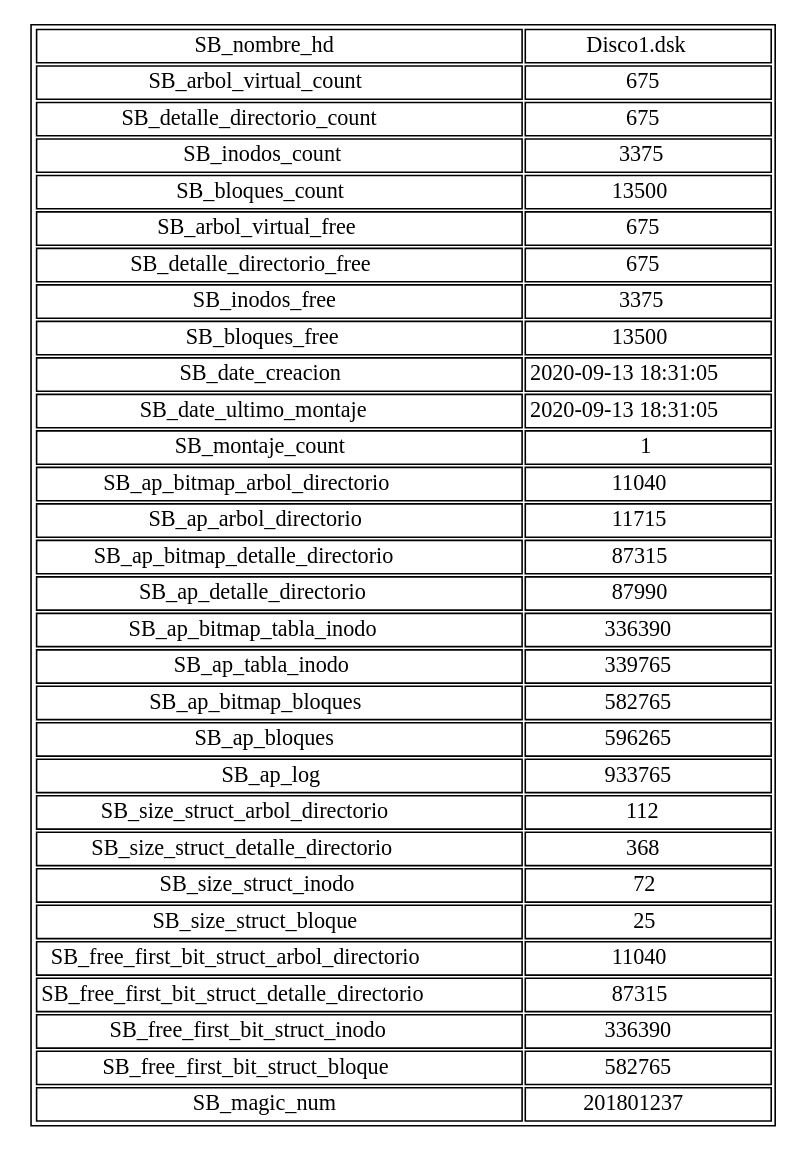
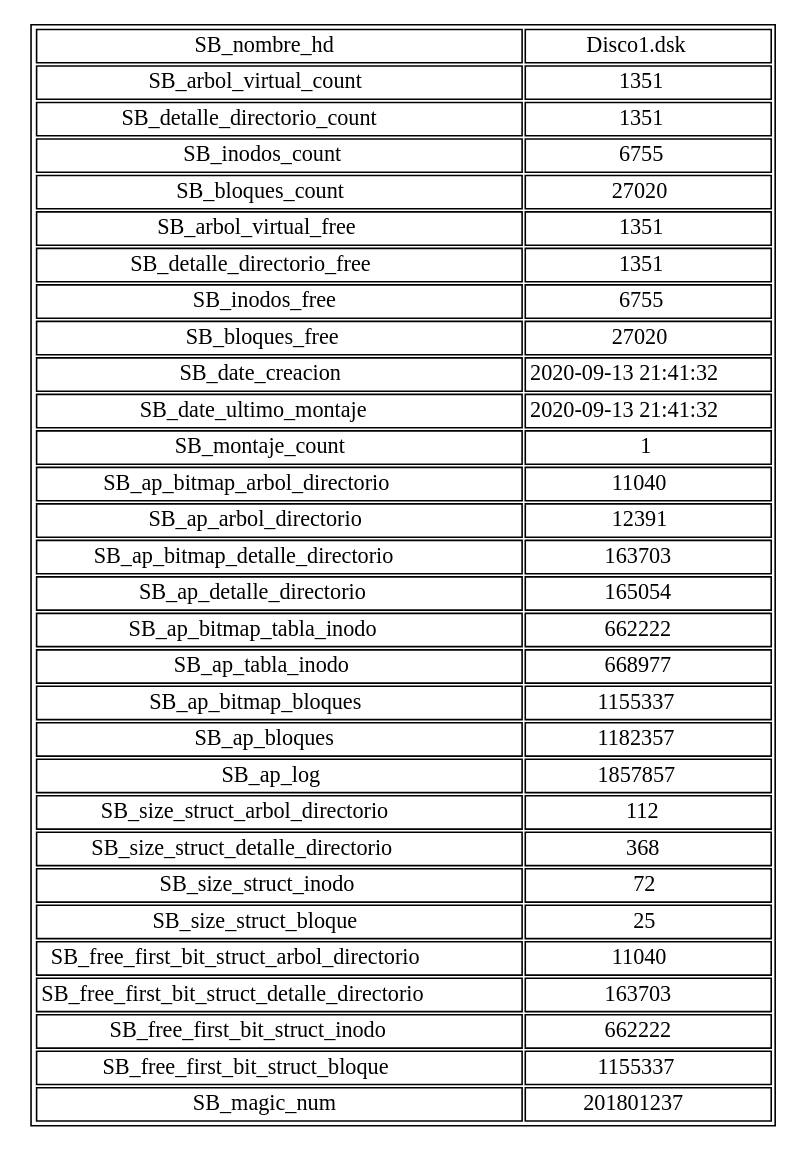
Before and after one commit to JoseMorente98/MIA-Proyecto-1: the diagram in Controlador/ReporteControlador/sb.dot, drawn with Graphviz. The commit also changed 8 other files, not shown here.

```diff
--- a/Controlador/ReporteControlador/sb.dot
+++ b/Controlador/ReporteControlador/sb.dot
@@ -1,1 +1,1 @@
-digraph {tbl [ shape=plaintext label=< <table border='1' cellborder='1'> <tr><td>SB_nombre_hd</td><td>Disco1.dsk</td></tr><tr><td>SB_arbol_virtual_count</td><td>675</td></tr><tr><td>SB_detalle_directorio_count</td><td>675</td></tr><tr><td>SB_inodos_count</td><td>3375</td></tr><tr><td>SB_bloques_count</td><td>13500</td></tr><tr><td>SB_arbol_virtual_free</td><td>675</td></tr><tr><td>SB_detalle_directorio_free</td><td>675</td></tr><tr><td>SB_inodos_free</td><td>3375</td></tr><tr><td>SB_bloques_free</td><td>13500</td></tr><tr><td>SB_date_creacion</td><td>2020-09-13 18:31:05</td></tr><tr><td>SB_date_ultimo_montaje</td><td>2020-09-13 18:31:05</td></tr><tr><td>SB_montaje_count</td><td>1</td></tr><tr><td>SB_ap_bitmap_arbol_directorio</td><td>11040</td></tr><tr><td>SB_ap_arbol_directorio</td><td>11715</td></tr><tr><td>SB_ap_bitmap_detalle_directorio</td><td>87315</td></tr><tr><td>SB_ap_detalle_directorio</td><td>87990</td></tr><tr><td>SB_ap_bitmap_tabla_inodo</td><td>336390</td></tr><tr><td>SB_ap_tabla_inodo</td><td>339765</td></tr><tr><td>SB_ap_bitmap_bloques</td><td>582765</td></tr><tr><td>SB_ap_bloques</td><td>596265</td></tr><tr><td>SB_ap_log</td><td>933765</td></tr><tr><td>SB_size_struct_arbol_directorio</td><td>112</td></tr><tr><td>SB_size_struct_detalle_directorio</td><td>368</td></tr><tr><td>SB_size_struct_inodo</td><td>72</td></tr><tr><td>SB_size_struct_bloque</td><td>25</td></tr><tr><td>SB_free_first_bit_struct_arbol_directorio</td><td>11040</td></tr><tr><td>SB_free_first_bit_struct_detalle_directorio</td><td>87315</td></tr><tr><td>SB_free_first_bit_struct_inodo</td><td>336390</td></tr><tr><td>SB_free_first_bit_struct_bloque</td><td>582765</td></tr><tr><td>SB_magic_num</td><td>201801237</td></tr></table>>];}
+digraph {tbl [ shape=plaintext label=< <table border='1' cellborder='1'> <tr><td>SB_nombre_hd</td><td>Disco1.dsk</td></tr><tr><td>SB_arbol_virtual_count</td><td>1351</td></tr><tr><td>SB_detalle_directorio_count</td><td>1351</td></tr><tr><td>SB_inodos_count</td><td>6755</td></tr><tr><td>SB_bloques_count</td><td>27020</td></tr><tr><td>SB_arbol_virtual_free</td><td>1351</td></tr><tr><td>SB_detalle_directorio_free</td><td>1351</td></tr><tr><td>SB_inodos_free</td><td>6755</td></tr><tr><td>SB_bloques_free</td><td>27020</td></tr><tr><td>SB_date_creacion</td><td>2020-09-13 21:41:32</td></tr><tr><td>SB_date_ultimo_montaje</td><td>2020-09-13 21:41:32</td></tr><tr><td>SB_montaje_count</td><td>1</td></tr><tr><td>SB_ap_bitmap_arbol_directorio</td><td>11040</td></tr><tr><td>SB_ap_arbol_directorio</td><td>12391</td></tr><tr><td>SB_ap_bitmap_detalle_directorio</td><td>163703</td></tr><tr><td>SB_ap_detalle_directorio</td><td>165054</td></tr><tr><td>SB_ap_bitmap_tabla_inodo</td><td>662222</td></tr><tr><td>SB_ap_tabla_inodo</td><td>668977</td></tr><tr><td>SB_ap_bitmap_bloques</td><td>1155337</td></tr><tr><td>SB_ap_bloques</td><td>1182357</td></tr><tr><td>SB_ap_log</td><td>1857857</td></tr><tr><td>SB_size_struct_arbol_directorio</td><td>112</td></tr><tr><td>SB_size_struct_detalle_directorio</td><td>368</td></tr><tr><td>SB_size_struct_inodo</td><td>72</td></tr><tr><td>SB_size_struct_bloque</td><td>25</td></tr><tr><td>SB_free_first_bit_struct_arbol_directorio</td><td>11040</td></tr><tr><td>SB_free_first_bit_struct_detalle_directorio</td><td>163703</td></tr><tr><td>SB_free_first_bit_struct_inodo</td><td>662222</td></tr><tr><td>SB_free_first_bit_struct_bloque</td><td>1155337</td></tr><tr><td>SB_magic_num</td><td>201801237</td></tr></table>>];}
```
